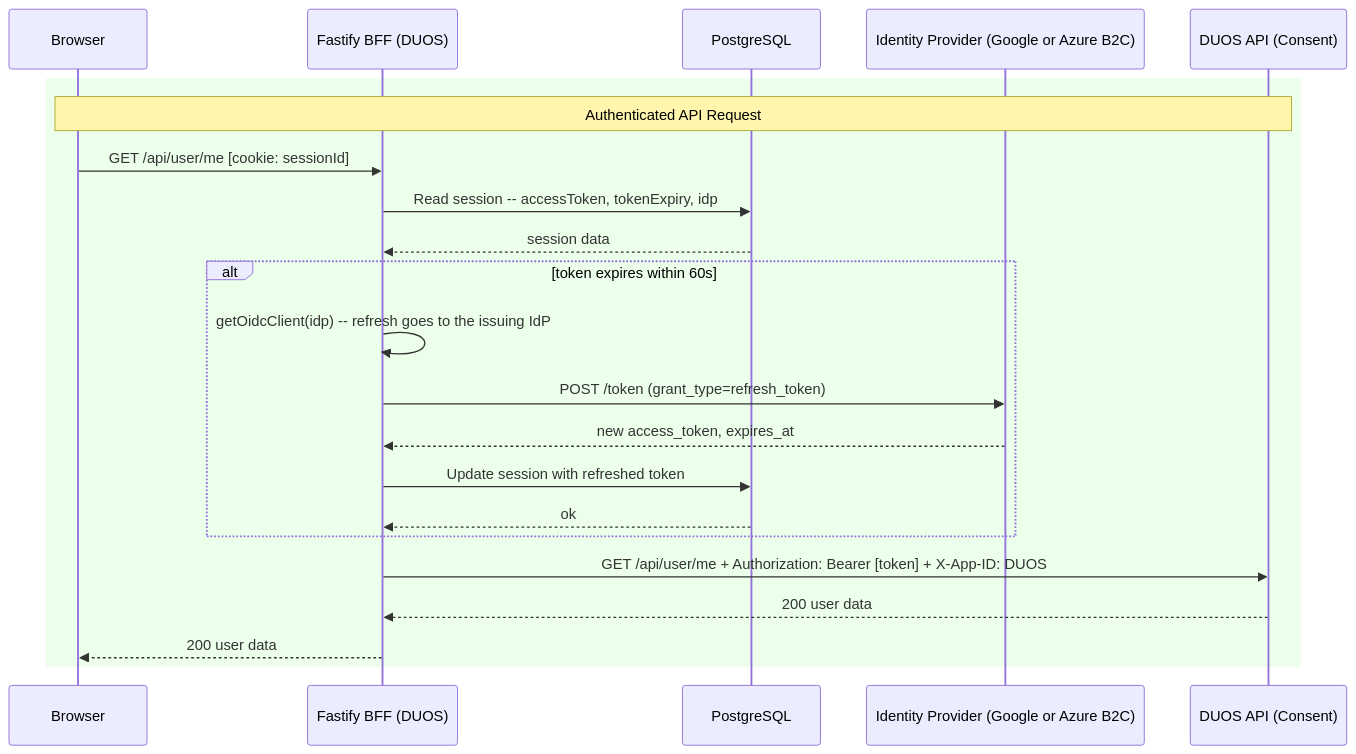
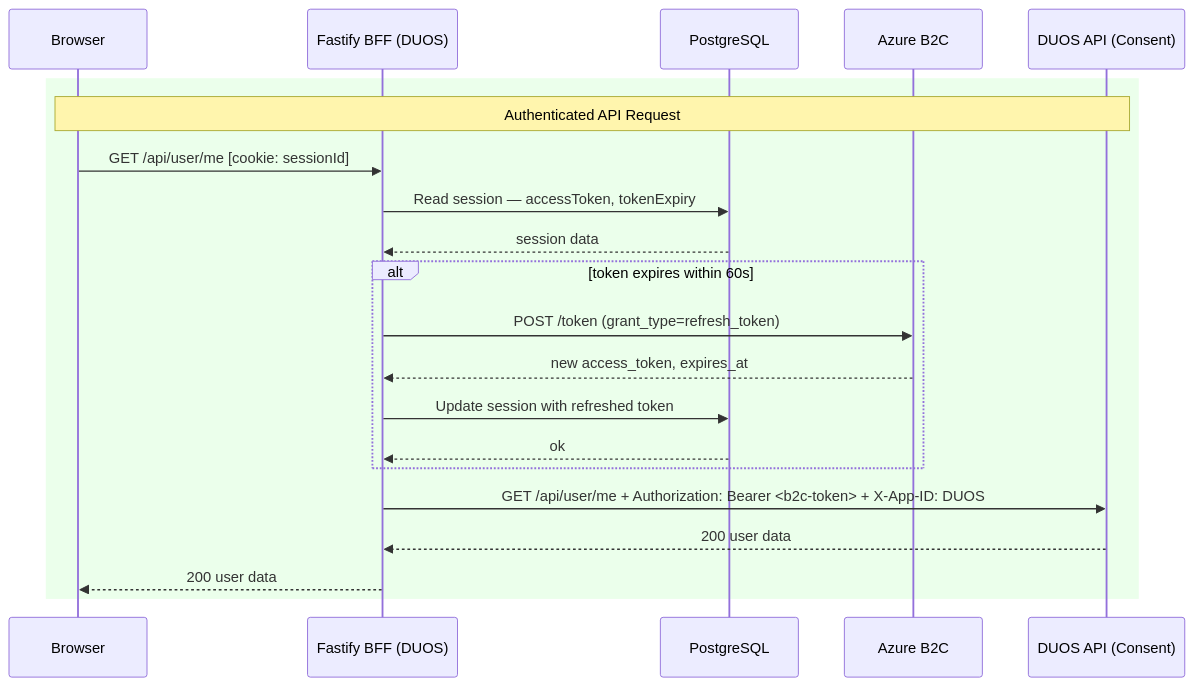
Before and after one commit to DataBiosphere/duos-ui: the second of 3 diagrams in docs/plans/BFF_Overview.md, drawn with Mermaid. The commit also changed other lines of this file and 4 other files, not shown here.

````diff
--- a/docs/plans/BFF_Overview.md
+++ b/docs/plans/BFF_Overview.md
@@ -195,28 +163,27 @@
 ```mermaid
 sequenceDiagram
     participant B   as Browser
     participant BFF as Fastify BFF (DUOS)
     participant PG  as PostgreSQL
-    participant IdP as Identity Provider (Google or Azure B2C)
+    participant B2C as Azure B2C
     participant API as DUOS API (Consent)
 
     rect rgb(235, 255, 235)
         Note over B,API: Authenticated API Request
 
         B->>BFF: GET /api/user/me [cookie: sessionId]
-        BFF->>PG: Read session -- accessToken, tokenExpiry, idp
+        BFF->>PG: Read session — accessToken, tokenExpiry
         PG-->>BFF: session data
 
         alt token expires within 60s
-            BFF->>BFF: getOidcClient(idp) -- refresh goes to the issuing IdP
-            BFF->>IdP: POST /token (grant_type=refresh_token)
-            IdP-->>BFF: new access_token, expires_at
+            BFF->>B2C: POST /token (grant_type=refresh_token)
+            B2C-->>BFF: new access_token, expires_at
             BFF->>PG: Update session with refreshed token
             PG-->>BFF: ok
         end
 
-        BFF->>API: GET /api/user/me + Authorization: Bearer [token] + X-App-ID: DUOS
+        BFF->>API: GET /api/user/me + Authorization: Bearer <b2c-token> + X-App-ID: DUOS
         API-->>BFF: 200 user data
         BFF-->>B: 200 user data
     end
 ```
````
